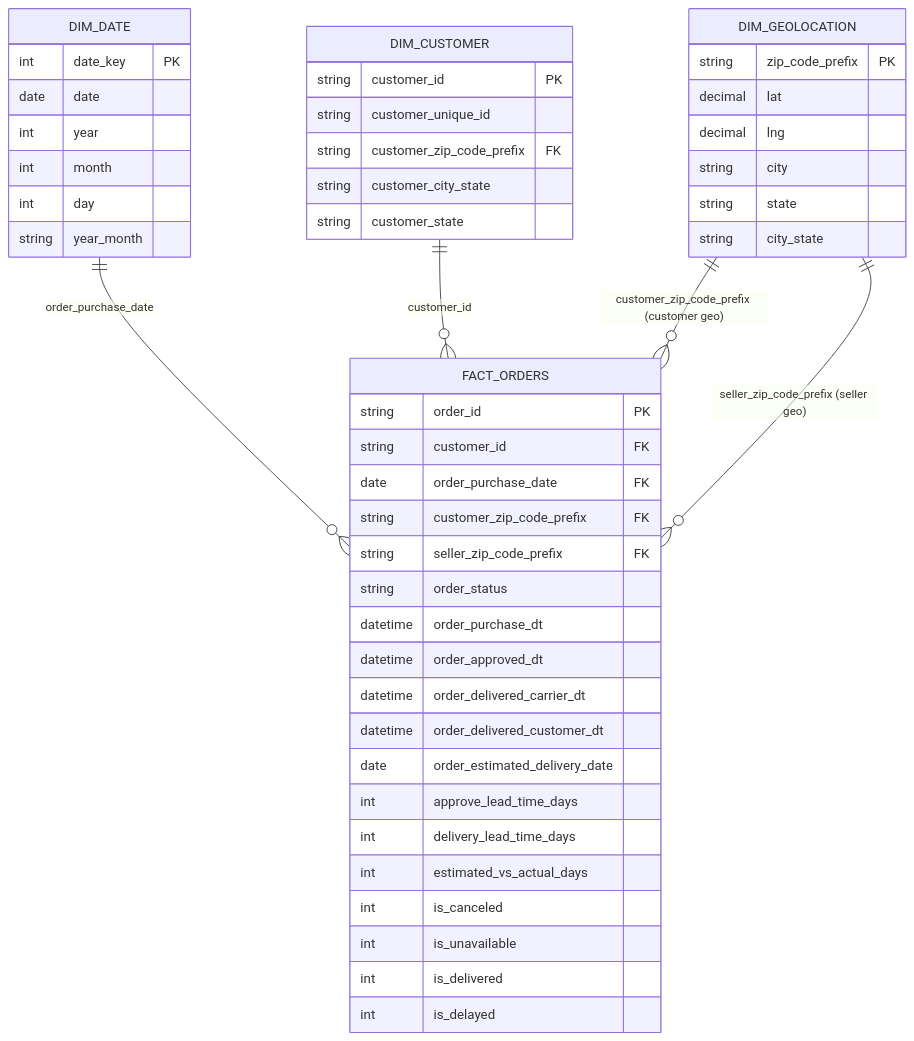
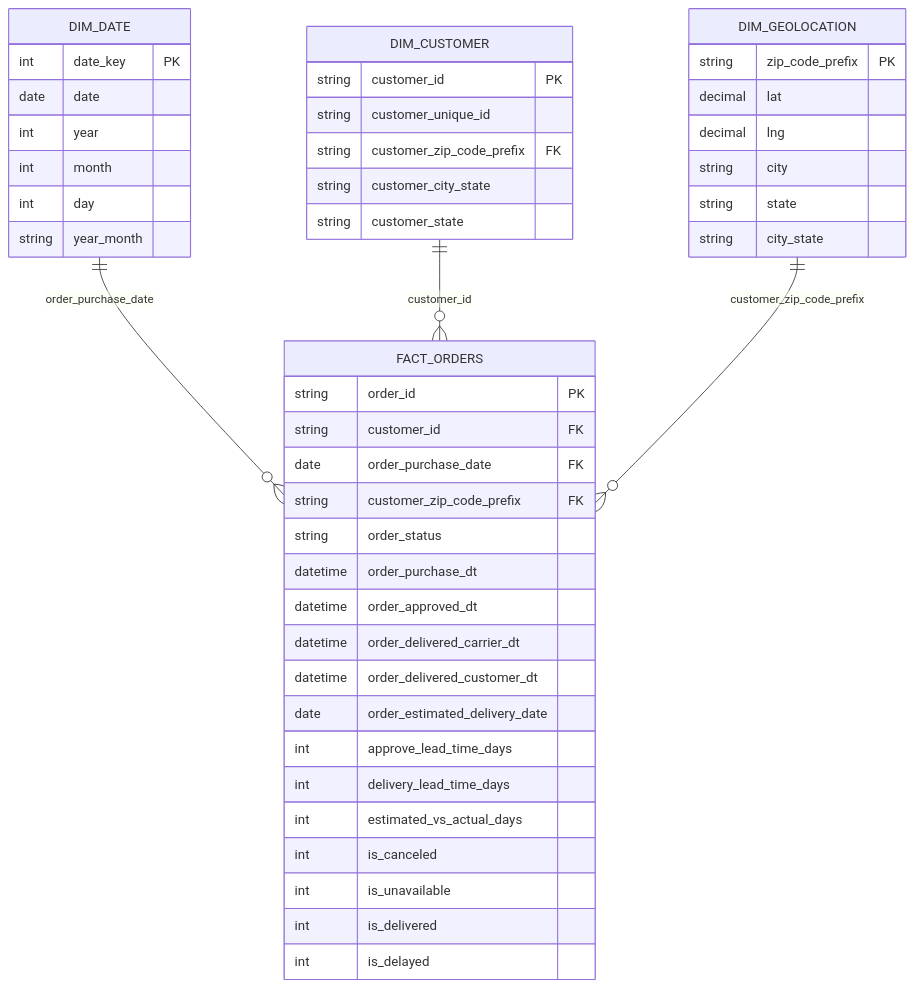
The second of 2 diagrams in 01_docs/Data_mart_design.md (LDomeenik/Olist_SQL_Data_Service), drawn with Mermaid before and after one commit. The commit also changed 1 other file, not shown here.

Commit message:
DM 설계 보완: 주문 단위 Fact에서 seller geo 제거 (그레인 충돌 해결)

````diff
--- a/01_docs/Data_mart_design.md
+++ b/01_docs/Data_mart_design.md
@@ -384,65 +384,63 @@
 ```mermaid
 erDiagram
   FACT_ORDERS {
     %% Grain: (order_id)
     string  order_id PK
 
     %% FK
     string  customer_id FK
     date    order_purchase_date FK
     string  customer_zip_code_prefix FK
-    string  seller_zip_code_prefix FK
 
     %% Status / Timestamps
     string  order_status
     datetime order_purchase_dt
     datetime order_approved_dt
     datetime order_delivered_carrier_dt
     datetime order_delivered_customer_dt
     date     order_estimated_delivery_date
 
     %% Derived Metrics (Logic in ETL)
     int     approve_lead_time_days
     int     delivery_lead_time_days
     int     estimated_vs_actual_days
 
     %% Flags
     int     is_canceled
     int     is_unavailable
     int     is_delivered
     int     is_delayed
   }
 
   DIM_DATE {
     int    date_key PK
     date   date
     int    year
     int    month
     int    day
     string year_month
   }
 
   DIM_CUSTOMER {
     string customer_id PK
     string customer_unique_id
     string customer_zip_code_prefix FK
     string customer_city_state
     string customer_state
   }
 
   DIM_GEOLOCATION {
     string zip_code_prefix PK
     decimal lat
     decimal lng
     string city
     string state
     string city_state
   }
 
   %% Relationships (Star Schema)
   DIM_DATE       ||--o{ FACT_ORDERS : "order_purchase_date"
   DIM_CUSTOMER   ||--o{ FACT_ORDERS : "customer_id"
-  DIM_GEOLOCATION||--o{ FACT_ORDERS : "customer_zip_code_prefix (customer geo)"
-  DIM_GEOLOCATION||--o{ FACT_ORDERS : "seller_zip_code_prefix (seller geo)"
+  DIM_GEOLOCATION||--o{ FACT_ORDERS : "customer_zip_code_prefix"
 
 ```
````
